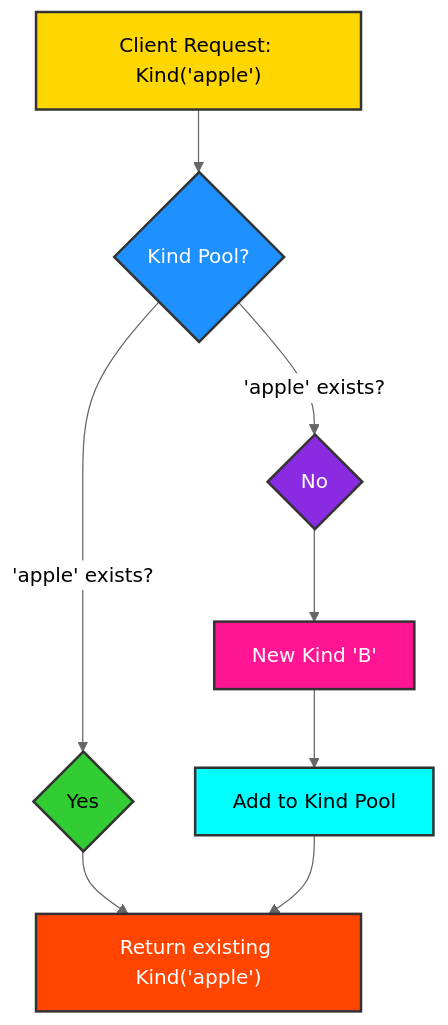
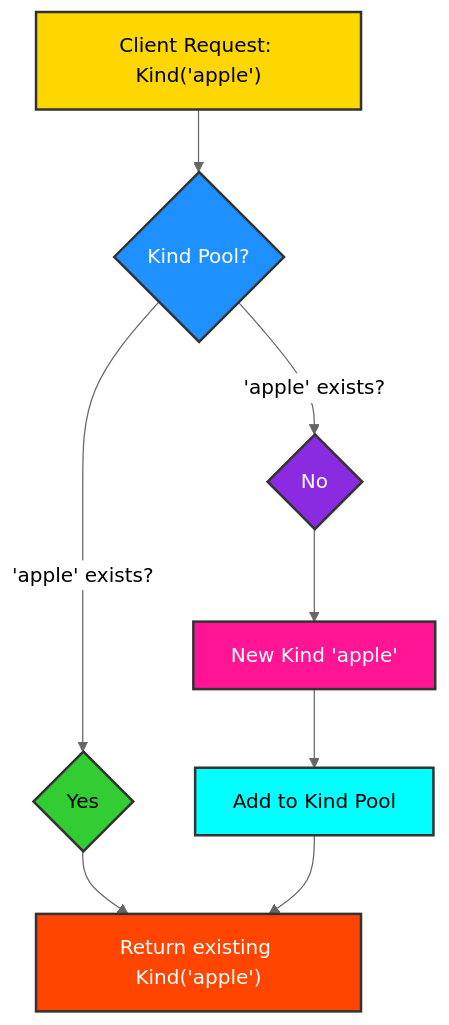
One commit to ikko/kind changed the diagram in docs/topics/2_flyweight_design/index.md. Above: the diagram before and after it, drawn with Mermaid (neutral theme). The commit also changed other lines of this file and 62 other files, not shown here.

````diff
--- a/docs/topics/2_flyweight_design/index.md
+++ b/docs/topics/2_flyweight_design/index.md
@@ -9,18 +9,18 @@
 ```mermaid
 graph TD
     A[Client Request: Kind#40;'apple'#41;] --> B{Kind Pool?};
     B -- "'apple' exists?" --> C{Yes};
     C --> D[Return existing Kind#40;'apple'#41;];
     B -- "'apple' exists?" --> E{No};
-    E --> F[New Kind 'B'];
+    E --> F[New Kind 'apple'];
     F --> G[Add to Kind Pool];
     G --> D;
 
     style A fill:#FFD700,stroke:#333,stroke-width:2px,color:#000000;
     style B fill:#1E90FF,stroke:#333,stroke-width:2px,color:#FFFFFF;
     style C fill:#32CD32,stroke:#333,stroke-width:2px,color:#000000;
     style D fill:#FF4500,stroke:#333,stroke-width:2px,color:#FFFFFF;
     style E fill:#8A2BE2,stroke:#333,stroke-width:2px,color:#FFFFFF;
     style F fill:#FF1493,stroke:#333,stroke-width:2px,color:#FFFFFF;
     style G fill:#00FFFF,stroke:#333,stroke-width:2px,color:#000000;
 ```
````
